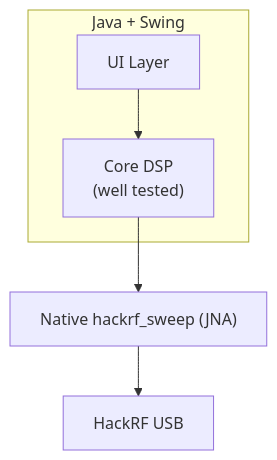
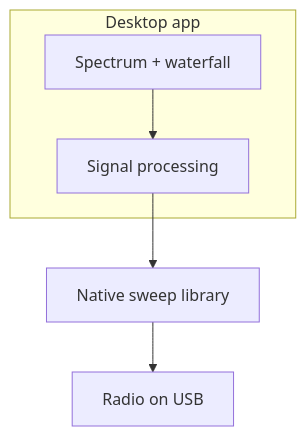
Before and after one commit to chris-piekarski/hackrf-spectrum-analyzer: the diagram in README.md, drawn with Mermaid. The commit also changed other lines of this file and 79 other files, not shown here.

````diff
--- a/README.md
+++ b/README.md
@@ -40,10 +39,10 @@
 ```mermaid
 flowchart TD
-    subgraph App["Java + Swing"]
-        Core["Core DSP<br/>(well tested)"]
-        UI["UI Layer"]
+    subgraph App["Desktop app"]
+        Core["Signal processing"]
+        UI["Spectrum + waterfall"]
     end
-    Native["Native hackrf_sweep (JNA)"] --> HackRF["HackRF USB"]
+    Native["Native sweep library"] --> Radio["Radio on USB"]
     Core --> Native
     UI --> Core
 ```
````
